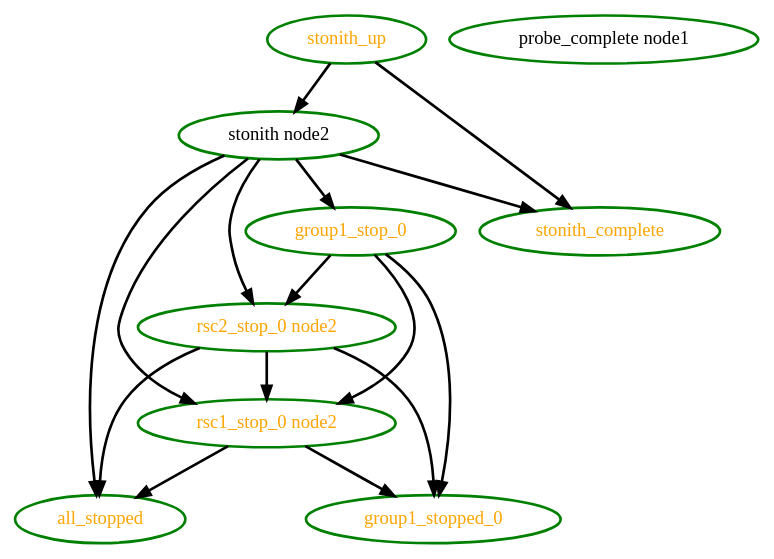
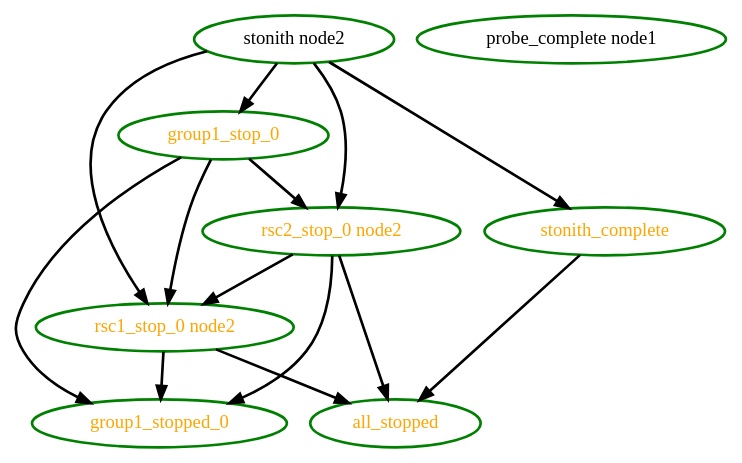
The diagram in pengine/test10/ticket-group-21.dot (ClusterLabs/pacemaker), drawn with Graphviz before and after one commit. The commit also changed 254 other files, not shown here.

```diff
--- a/pengine/test10/ticket-group-21.dot
+++ b/pengine/test10/ticket-group-21.dot
@@ -1,26 +1,23 @@
 digraph "g" {
 "all_stopped" [ style=bold color="green" fontcolor="orange"]
 "group1_stop_0" -> "group1_stopped_0" [ style = bold]
 "group1_stop_0" -> "rsc1_stop_0 node2" [ style = bold]
 "group1_stop_0" -> "rsc2_stop_0 node2" [ style = bold]
 "group1_stop_0" [ style=bold color="green" fontcolor="orange"]
 "group1_stopped_0" [ style=bold color="green" fontcolor="orange"]
 "probe_complete node1" [ style=bold color="green" fontcolor="black"]
 "rsc1_stop_0 node2" -> "all_stopped" [ style = bold]
 "rsc1_stop_0 node2" -> "group1_stopped_0" [ style = bold]
 "rsc1_stop_0 node2" [ style=bold color="green" fontcolor="orange"]
 "rsc2_stop_0 node2" -> "all_stopped" [ style = bold]
 "rsc2_stop_0 node2" -> "group1_stopped_0" [ style = bold]
 "rsc2_stop_0 node2" -> "rsc1_stop_0 node2" [ style = bold]
 "rsc2_stop_0 node2" [ style=bold color="green" fontcolor="orange"]
-"stonith node2" -> "all_stopped" [ style = bold]
 "stonith node2" -> "group1_stop_0" [ style = bold]
 "stonith node2" -> "rsc1_stop_0 node2" [ style = bold]
 "stonith node2" -> "rsc2_stop_0 node2" [ style = bold]
 "stonith node2" -> "stonith_complete" [ style = bold]
 "stonith node2" [ style=bold color="green" fontcolor="black"]
+"stonith_complete" -> "all_stopped" [ style = bold]
 "stonith_complete" [ style=bold color="green" fontcolor="orange"]
-"stonith_up" -> "stonith node2" [ style = bold]
-"stonith_up" -> "stonith_complete" [ style = bold]
-"stonith_up" [ style=bold color="green" fontcolor="orange"]
 }
```
